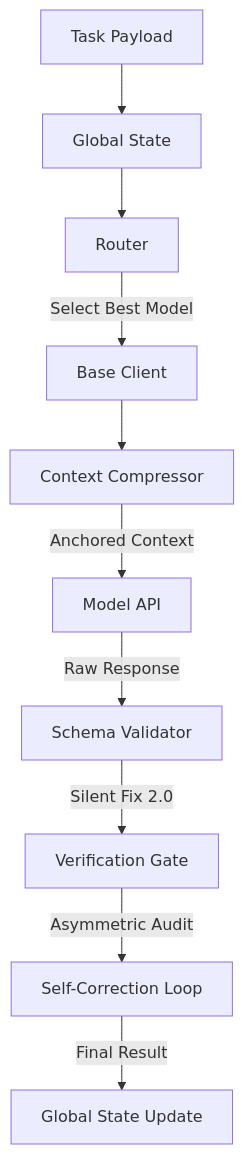
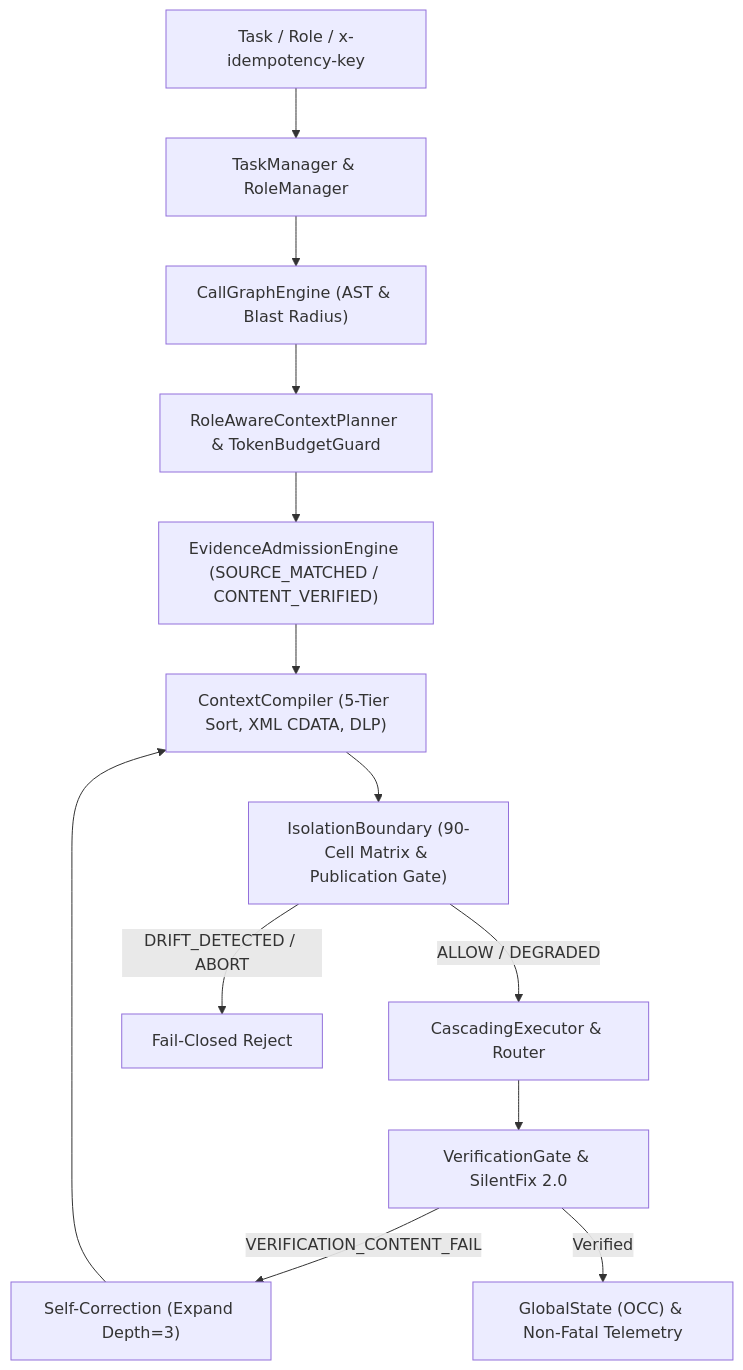
One commit to etrnya/model-hub-agent changed the diagram in README.md. Above: the diagram before and after it, drawn with Mermaid. The commit also changed other lines of this file and 4 other files, not shown here.

````diff
--- a/README.md
+++ b/README.md
@@ -38,12 +44,15 @@
 ```mermaid
 graph TD
-    A[Task Payload] --> B[Global State]
-    B --> C[Router]
-    C -->|Select Best Model| D[Base Client]
-    D --> E[Context Compressor]
-    E -->|Anchored Context| F[Model API]
-    F -->|Raw Response| G[Schema Validator]
-    G -->|Silent Fix 2.0| H[Verification Gate]
-    H -->|Asymmetric Audit| I[Self-Correction Loop]
-    I -->|Final Result| J[Global State Update]
+    A["Task / Role / x-idempotency-key"] --> B["TaskManager & RoleManager"]
+    B --> C["CallGraphEngine (AST & Blast Radius)"]
+    C --> D["RoleAwareContextPlanner & TokenBudgetGuard"]
+    D --> E["EvidenceAdmissionEngine (SOURCE_MATCHED / CONTENT_VERIFIED)"]
+    E --> F["ContextCompiler (5-Tier Sort, XML CDATA, DLP)"]
+    F --> G["IsolationBoundary (90-Cell Matrix & Publication Gate)"]
+    G -->|ALLOW / DEGRADED| H["CascadingExecutor & Router"]
+    G -->|DRIFT_DETECTED / ABORT| X["Fail-Closed Reject"]
+    H --> I["VerificationGate & SilentFix 2.0"]
+    I -->|VERIFICATION_CONTENT_FAIL| C2["Self-Correction (Expand Depth=3)"]
+    C2 --> F
+    I -->|Verified| J["GlobalState (OCC) & Non-Fatal Telemetry"]
 ```
````
